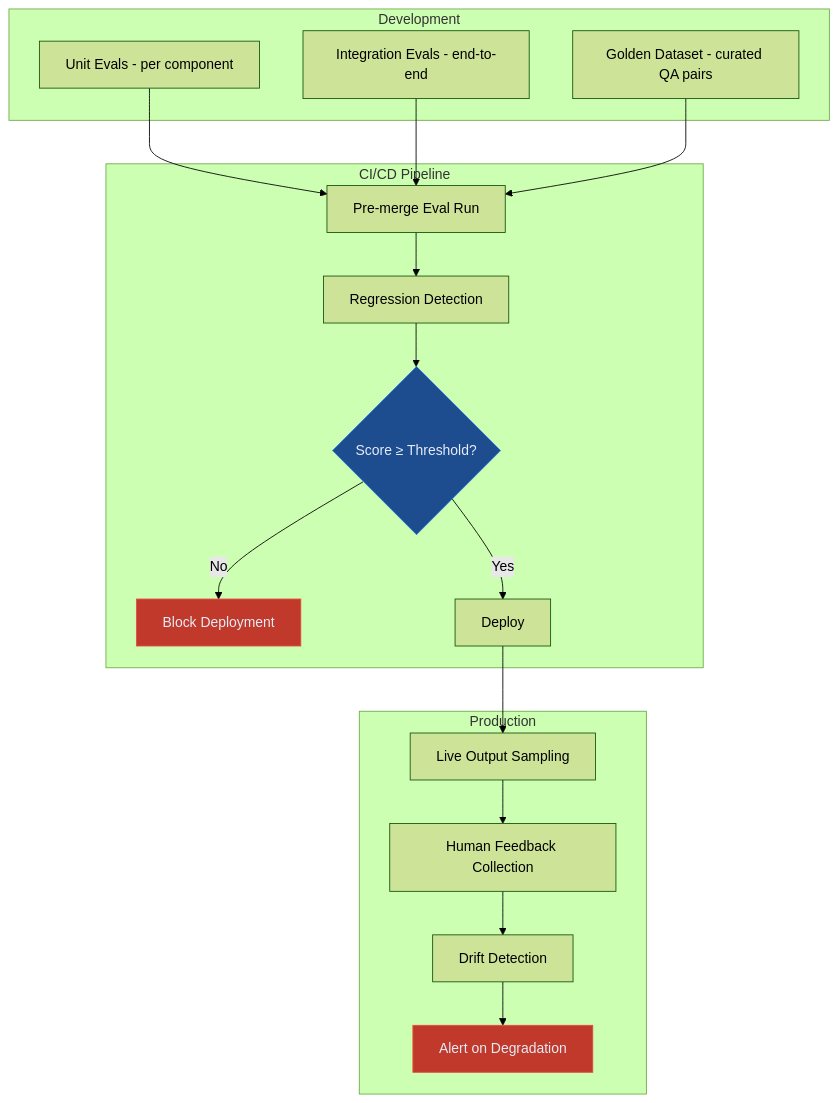
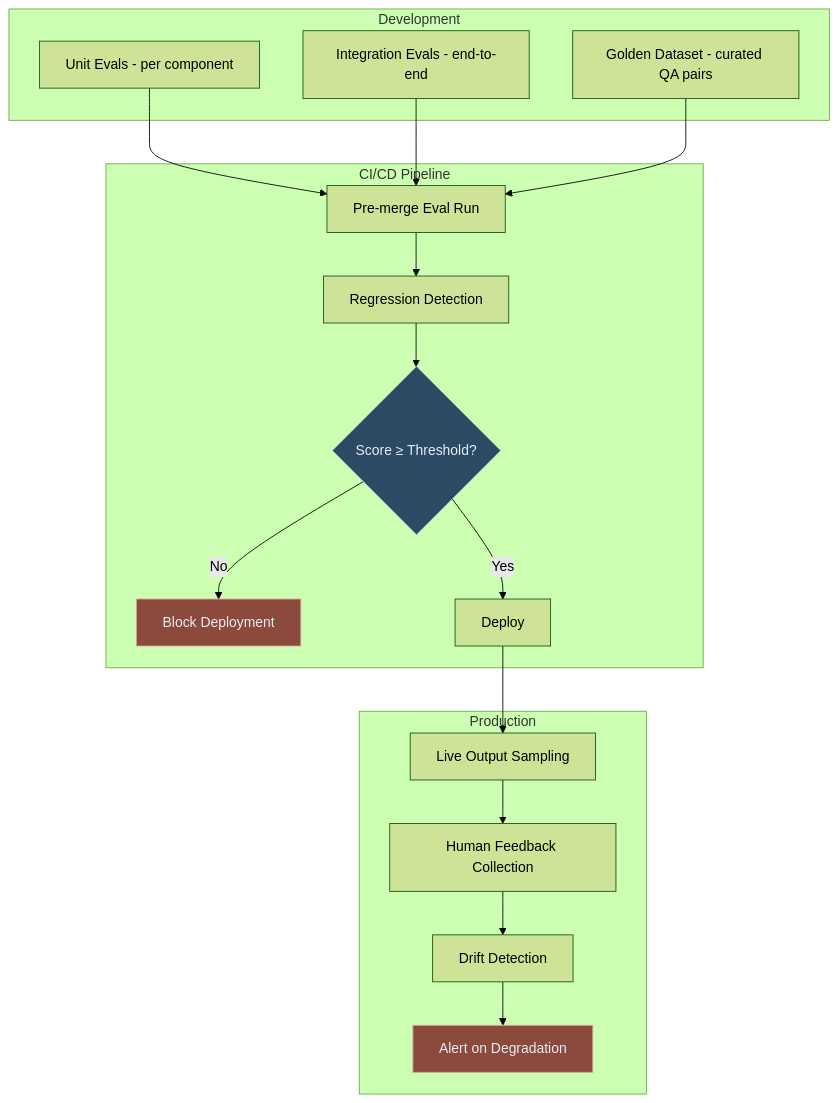
The first of 5 diagrams in blog/llm-evaluation-in-production.md (lorvexai/lorvexai), drawn with Mermaid (forest theme) before and after one commit. The commit also changed other lines of this file and 16 other files, not shown here.

First line of the commit message:
Retune hardcoded Mermaid node colors to match the site palette

````diff
--- a/blog/llm-evaluation-in-production.md
+++ b/blog/llm-evaluation-in-production.md
@@ -30,35 +30,35 @@
 ```mermaid
 flowchart TD
     subgraph Development
         U[Unit Evals - per component]
         I[Integration Evals - end-to-end]
         G[Golden Dataset - curated QA pairs]
     end
 
     subgraph CI/CD Pipeline
         PR[Pre-merge Eval Run]
         RE[Regression Detection]
         TH{Score ≥ Threshold?}
         TH -->|No| BL[Block Deployment]
         TH -->|Yes| DEP[Deploy]
     end
 
     subgraph Production
         LO[Live Output Sampling]
         HF[Human Feedback Collection]
         DR[Drift Detection]
         AL[Alert on Degradation]
     end
 
     U --> PR
     I --> PR
     G --> PR
     PR --> RE --> TH
     DEP --> LO
     LO --> HF
     HF --> DR --> AL
 
-    style TH fill:#1D4C8F,stroke:#2F80ED,color:#E6ECF7
-    style BL fill:#C0392B,stroke:#e74c3c,color:#E6ECF7
-    style AL fill:#C0392B,stroke:#e74c3c,color:#E6ECF7
+    style TH fill:#2C4A63,stroke:#8FB2CC,color:#E6ECF7
+    style BL fill:#8C4A3D,stroke:#D6A697,color:#E6ECF7
+    style AL fill:#8C4A3D,stroke:#D6A697,color:#E6ECF7
 ```
````
